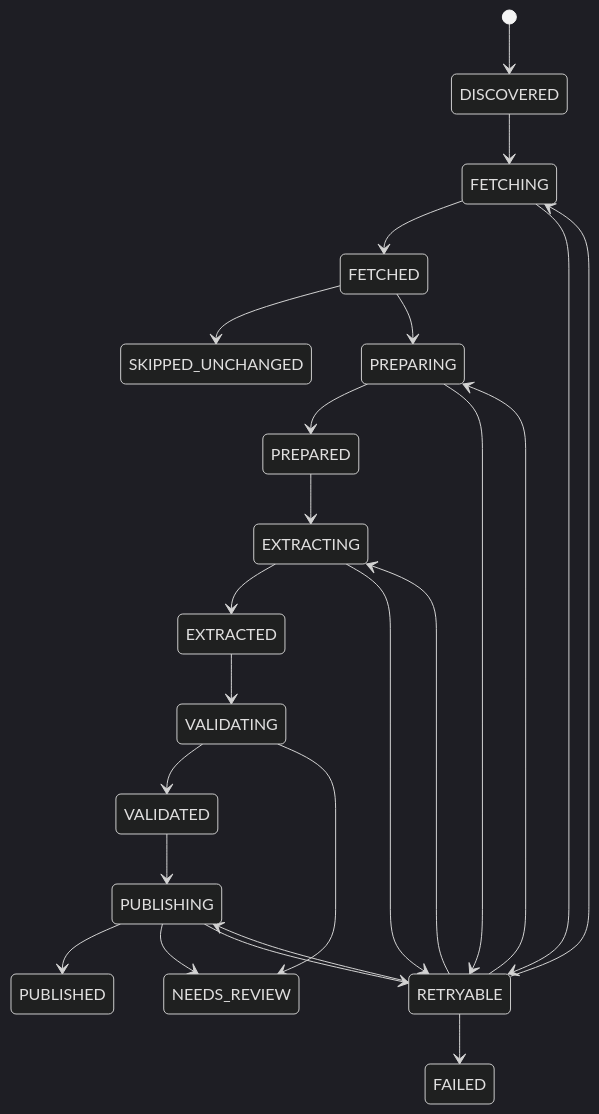
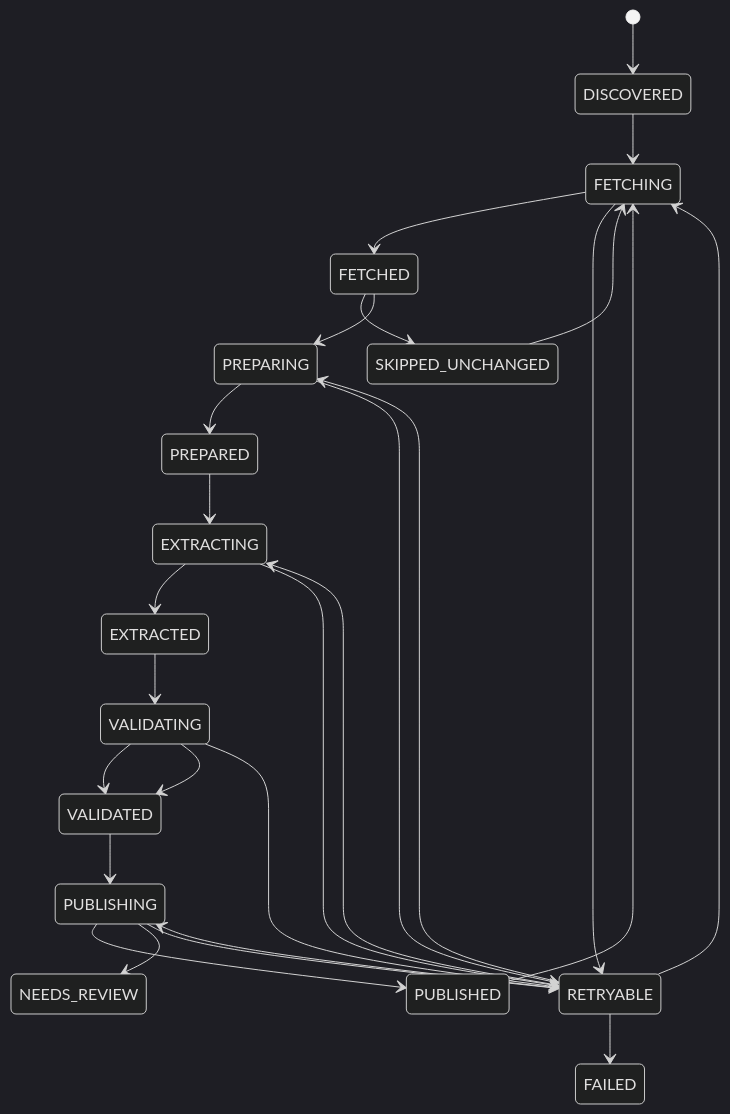
The diagram in docs/ingestion-pipeline.md (artemnoor/andromeda-ingestion-platform), drawn with Mermaid (dark theme) before and after one commit. The commit also changed other lines of this file and 23 other files, not shown here.

````diff
--- a/docs/ingestion-pipeline.md
+++ b/docs/ingestion-pipeline.md
@@ -3,26 +3,29 @@
 ```mermaid
 stateDiagram-v2
   [*] --> DISCOVERED
   DISCOVERED --> FETCHING
   FETCHING --> FETCHED
   FETCHED --> SKIPPED_UNCHANGED
   FETCHED --> PREPARING
   PREPARING --> PREPARED
   PREPARED --> EXTRACTING
   EXTRACTING --> EXTRACTED
   EXTRACTED --> VALIDATING
   VALIDATING --> VALIDATED
-  VALIDATING --> NEEDS_REVIEW
+  VALIDATING --> VALIDATED
   VALIDATED --> PUBLISHING
   PUBLISHING --> PUBLISHED
   PUBLISHING --> NEEDS_REVIEW
   FETCHING --> RETRYABLE
   PREPARING --> RETRYABLE
-  EXTRACTING --> RETRYABLE
-  PUBLISHING --> RETRYABLE
+ EXTRACTING --> RETRYABLE
+  VALIDATING --> RETRYABLE
+ PUBLISHING --> RETRYABLE
   RETRYABLE --> FETCHING
   RETRYABLE --> PREPARING
   RETRYABLE --> EXTRACTING
-  RETRYABLE --> PUBLISHING
-  RETRYABLE --> FAILED
+ RETRYABLE --> PUBLISHING
+ RETRYABLE --> FAILED
+  PUBLISHED --> FETCHING
+  SKIPPED_UNCHANGED --> FETCHING
 ```
````
